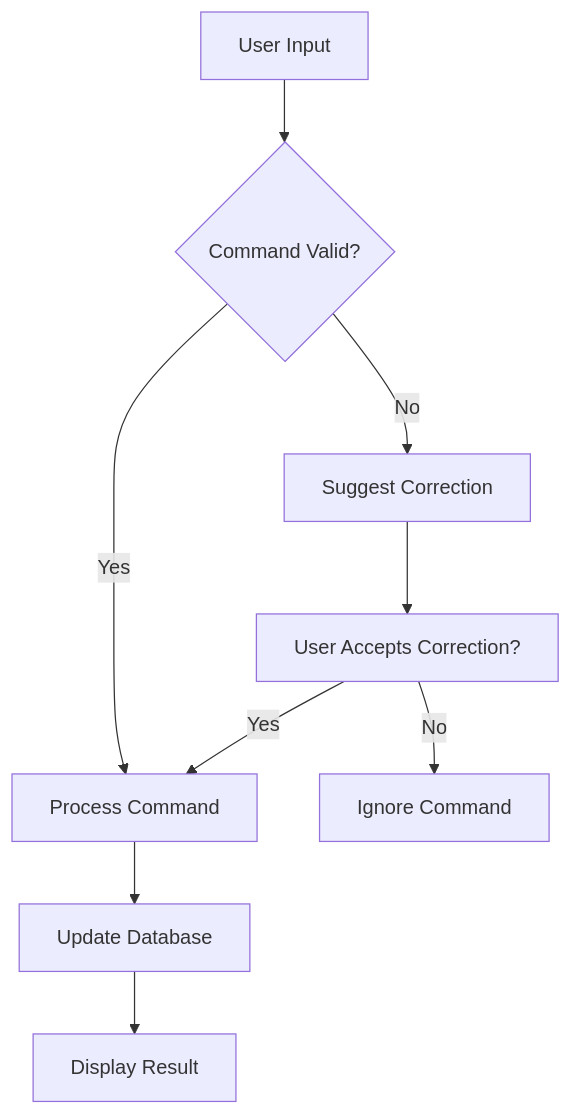
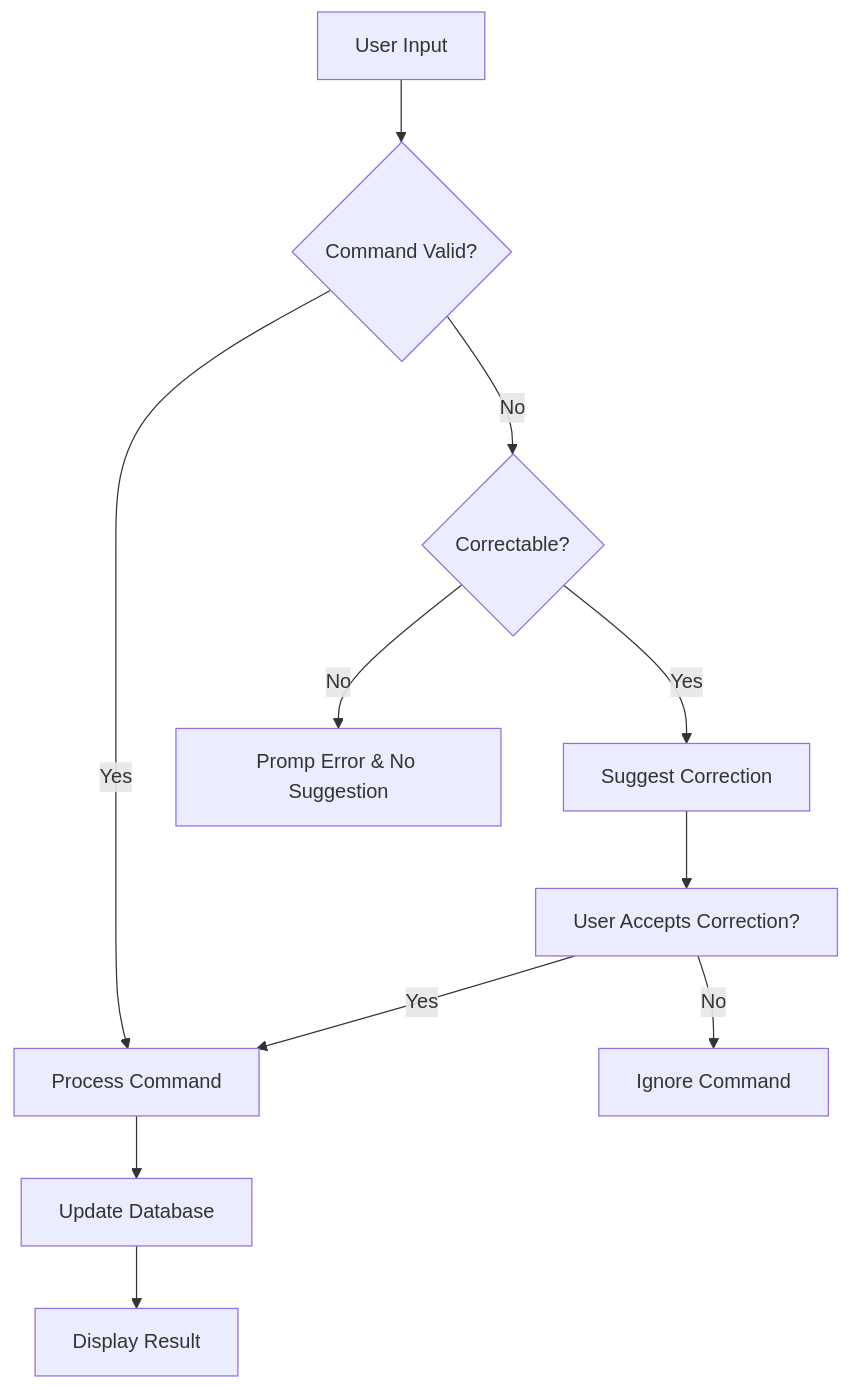
One commit to pixel-catalyst/linux-book changed the diagram in developer.md. Above: the diagram before and after it, drawn with Mermaid. The commit also changed other lines of this file and 1 other file, not shown here.

Commit message:
update flowchart in developer documentation to include error correction logic

````diff
--- a/developer.md
+++ b/developer.md
@@ -42,11 +42,13 @@
 ```mermaid
 flowchart TD
     A[User Input] --> B{Command Valid?}
     B -- Yes --> C[Process Command]
-    B -- No --> D[Suggest Correction]
+    B -- No --> Z{Correctable?}
+	Z -- No --> GG[Promp Error & No Suggestion] 
+	Z -- Yes --> D[Suggest Correction]
     D --> E[User Accepts Correction?]
     E -- Yes --> C
     E -- No --> F[Ignore Command]
     C --> G[Update Database]
     G --> H[Display Result]
 ```
````
